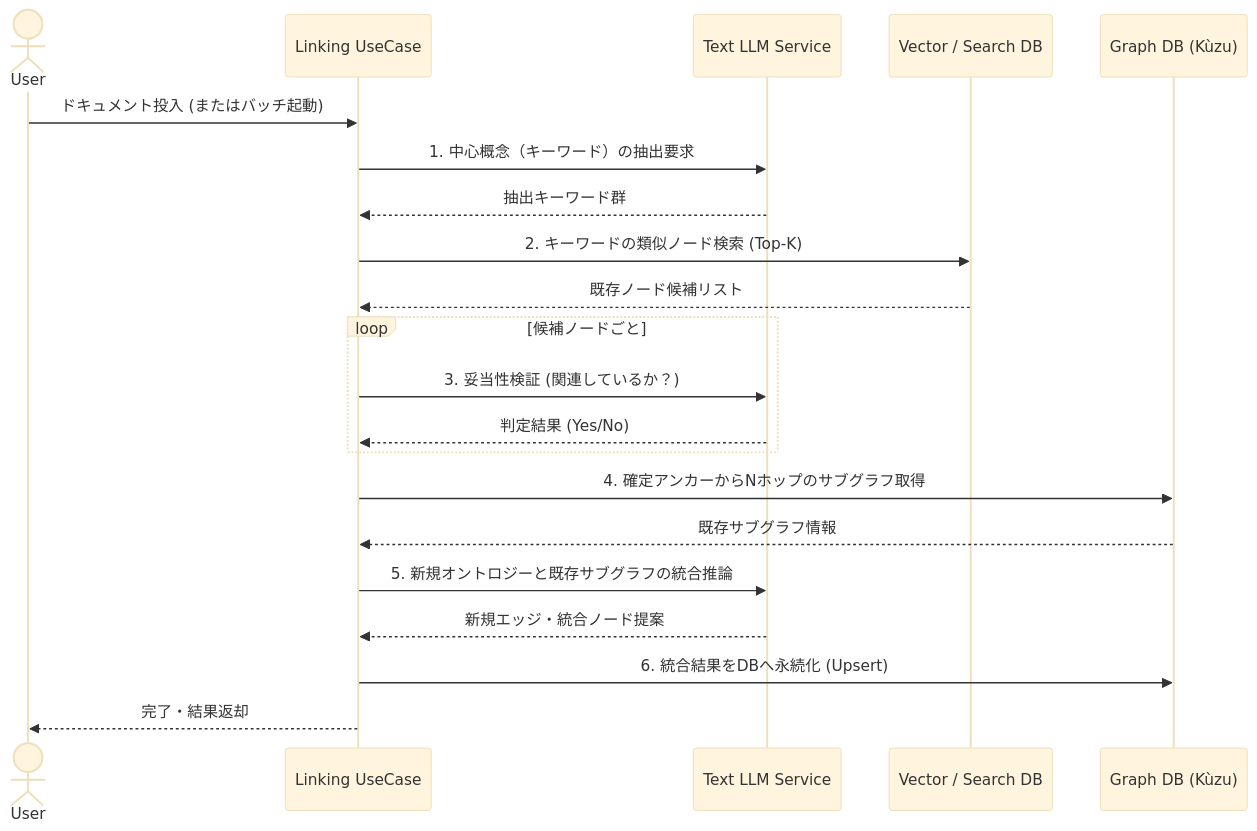
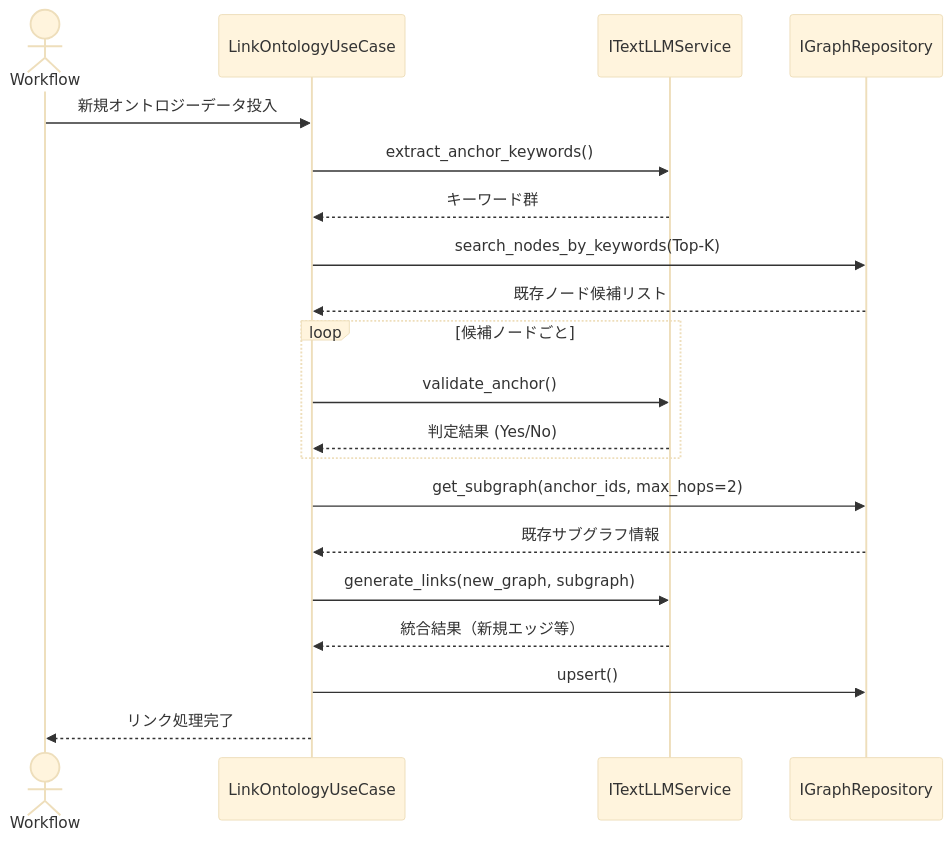
The fourth of 4 diagrams in docs/detail_design/05_ontology_linking.md (hiroooo000/ontoNgn), drawn with Mermaid (base theme) before and after one commit. The commit also changed other lines of this file and 12 other files, not shown here.

````diff
--- a/docs/detail_design/05_ontology_linking.md
+++ b/docs/detail_design/05_ontology_linking.md
@@ -38,34 +69,34 @@
 ```mermaid
 sequenceDiagram
-    actor User
-    participant Usecase as Linking UseCase
-    participant LLM as Text LLM Service
-    participant VectorDB as Vector / Search DB
-    participant GraphDB as Graph DB (Kùzu)
+    actor Workflow
+    participant Usecase as LinkOntologyUseCase
+    participant LLM as ITextLLMService
+    participant DB as IGraphRepository
 
-    User->>Usecase: ドキュメント投入 (またはバッチ起動)
+    Workflow->>Usecase: 新規オントロジーデータ投入
     
     %% ステップ1
-    Usecase->>LLM: 1. 中心概念（キーワード）の抽出要求
-    LLM-->>Usecase: 抽出キーワード群
+    Usecase->>LLM: extract_anchor_keywords()
+    LLM-->>Usecase: キーワード群
     
     %% ステップ2
-    Usecase->>VectorDB: 2. キーワードの類似ノード検索 (Top-K)
-    VectorDB-->>Usecase: 既存ノード候補リスト
+    Usecase->>DB: search_nodes_by_keywords(Top-K)
+    DB-->>Usecase: 既存ノード候補リスト
     
     %% ステップ3
     loop 候補ノードごと
-        Usecase->>LLM: 3. 妥当性検証 (関連しているか？)
+        Usecase->>LLM: validate_anchor()
         LLM-->>Usecase: 判定結果 (Yes/No)
     end
     
     %% ステップ4
-    Usecase->>GraphDB: 4. 確定アンカーからNホップのサブグラフ取得
-    GraphDB-->>Usecase: 既存サブグラフ情報
+    Usecase->>DB: get_subgraph(anchor_ids, max_hops=2)
+    DB-->>Usecase: 既存サブグラフ情報
     
-    Usecase->>LLM: 5. 新規オントロジーと既存サブグラフの統合推論
-    LLM-->>Usecase: 新規エッジ・統合ノード提案
+    %% ステップ5
+    Usecase->>LLM: generate_links(new_graph, subgraph)
+    LLM-->>Usecase: 統合結果（新規エッジ等）
     
-    Usecase->>GraphDB: 6. 統合結果をDBへ永続化 (Upsert)
-    Usecase-->>User: 完了・結果返却
+    Usecase->>DB: upsert()
+    Usecase-->>Workflow: リンク処理完了
 ```
````
